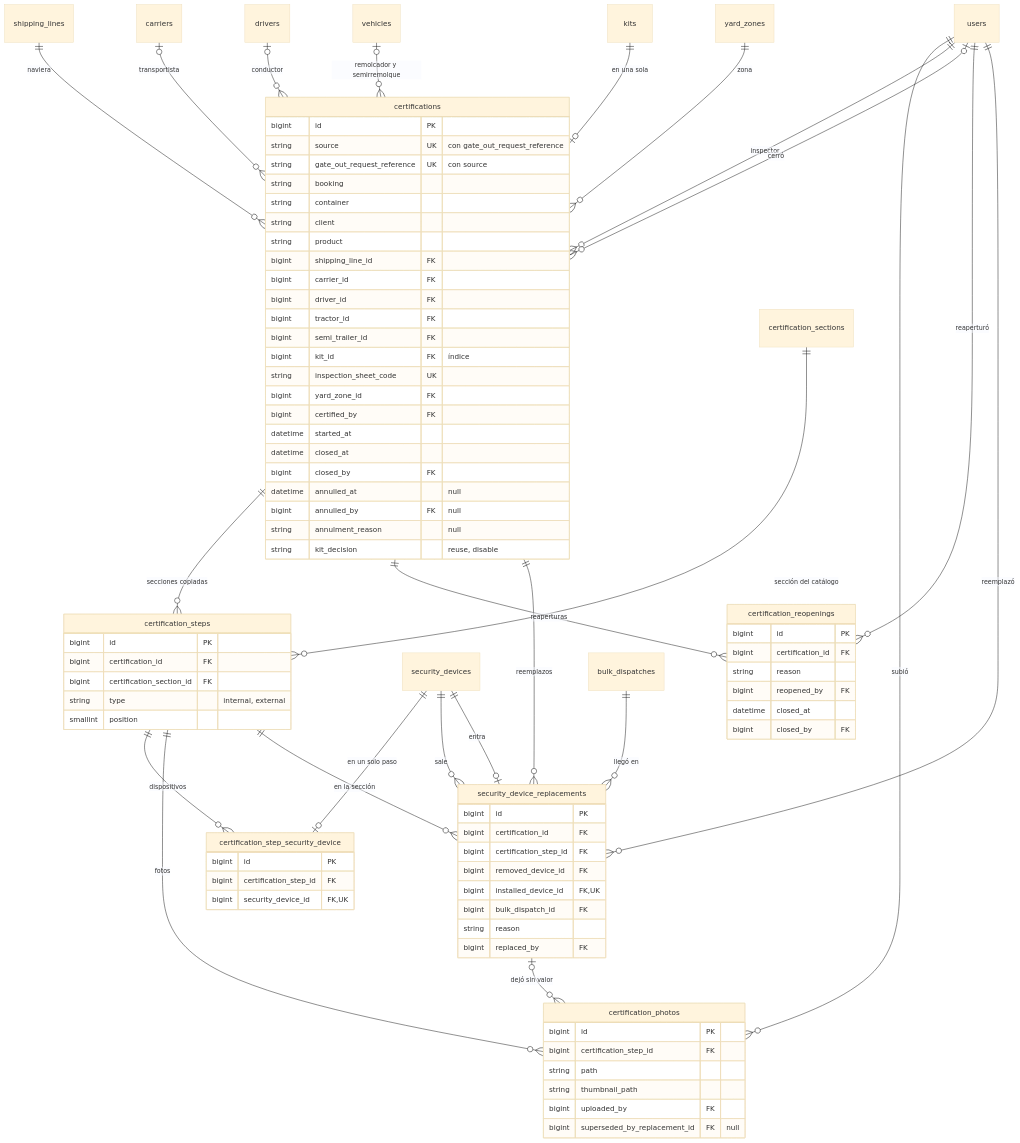
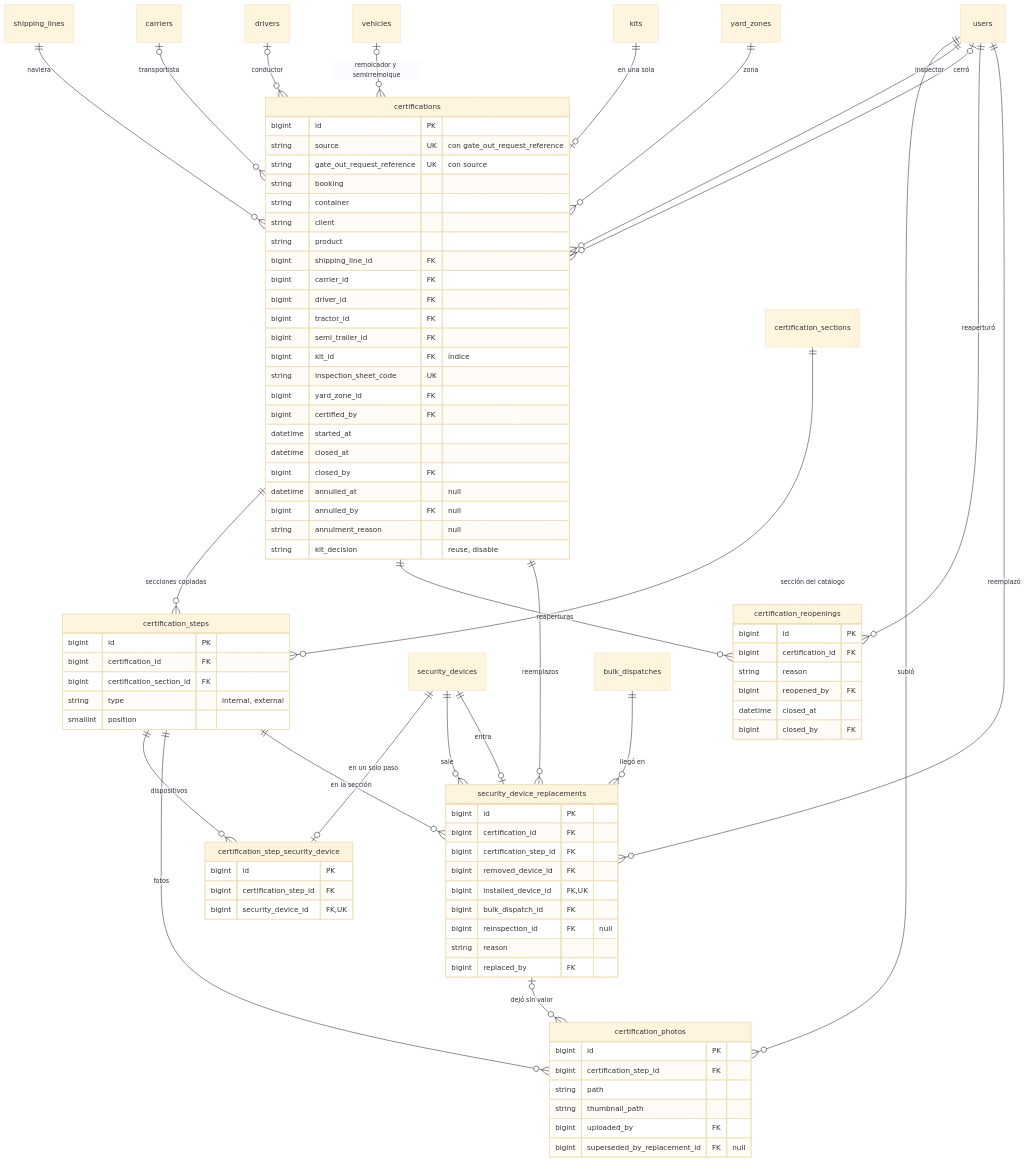
Diagram 12 of 13 in docs/database.md (Cerati1998/SIGLA-TOS), drawn with Mermaid (base theme) before and after one commit. The commit also changed other lines of this file and 1 other file, not shown here.

```diff
--- a/docs/database.md
+++ b/docs/database.md
@@ -559,6 +561,7 @@
     bigint removed_device_id FK
     bigint installed_device_id FK, UK
     bigint bulk_dispatch_id FK
+    bigint reinspection_id FK "null"
     string reason
     bigint replaced_by FK
   }
```
